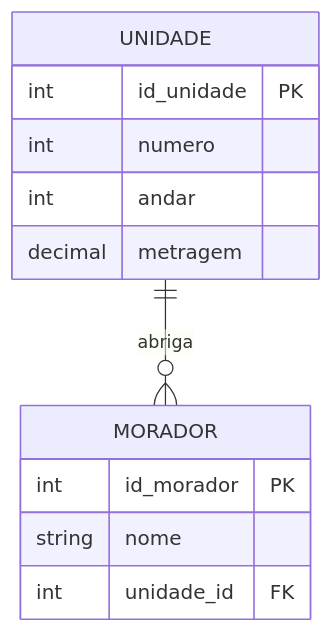
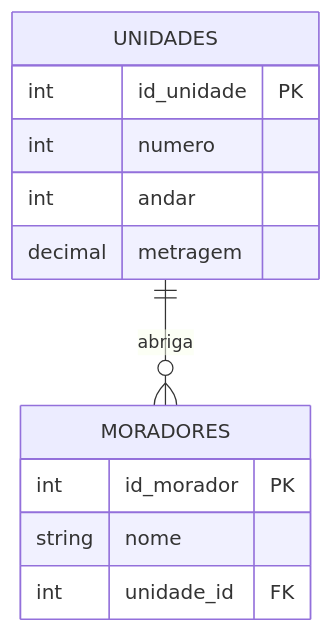
One commit to GTI-Fatec-Jahu/BDA-GTI-2026-2 changed the fifth of 7 diagrams in docs/aulas/Aula_02_Gabarito.md. Above: the diagram before and after it, drawn with Mermaid. The commit also changed other lines of this file and 5 other files, not shown here.

````diff
--- a/docs/aulas/Aula_02_Gabarito.md
+++ b/docs/aulas/Aula_02_Gabarito.md
@@ -194,16 +194,16 @@
 ```mermaid
 erDiagram
-    UNIDADE {
+    UNIDADES {
         int id_unidade PK
         int numero
         int andar
         decimal metragem
     }
-    MORADOR {
+    MORADORES {
         int id_morador PK
         string nome
         int unidade_id FK
     }
 
-    UNIDADE ||--o{ MORADOR : "abriga"
+    UNIDADES ||--o{ MORADORES : "abriga"
 ```
````
